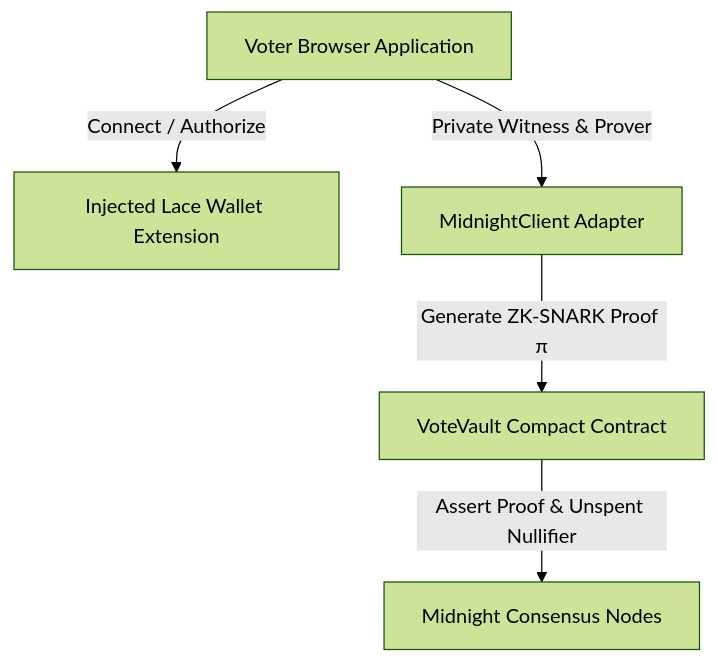
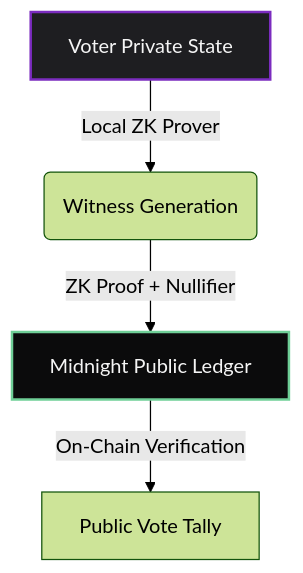
Before and after one commit to Aryaaa-21/VoteVault: the first of 3 diagrams in README.md, drawn with Mermaid (forest theme). The commit also changed other lines of this file, not shown here.

Commit message:
docs: rewrite enterprise README.md satisfying Midnight Level 1-3 submission criteria

````diff
--- a/README.md
+++ b/README.md
@@ -91,7 +118,8 @@
 ```mermaid
 graph TD
-    A[Voter Browser Application] -->|Connect / Authorize| B[Injected Lace Wallet Extension]
-    A -->|Private Witness & Prover| C[MidnightClient Adapter]
-    C -->|Generate ZK-SNARK Proof π| D[VoteVault Compact Contract]
-    D -->|Assert Proof & Unspent Nullifier| E[Midnight Consensus Nodes]
+    A[Voter Private State] -->|Local ZK Prover| B(Witness Generation)
+    B -->|ZK Proof + Nullifier| C[Midnight Public Ledger]
+    C -->|On-Chain Verification| D[Public Vote Tally]
+    style A fill:#1E1E21,stroke:#7B2CBF,stroke-width:2px,color:#F5F5F5
+    style C fill:#0B0B0C,stroke:#6FCF97,stroke-width:2px,color:#F5F5F5
 ```
````
